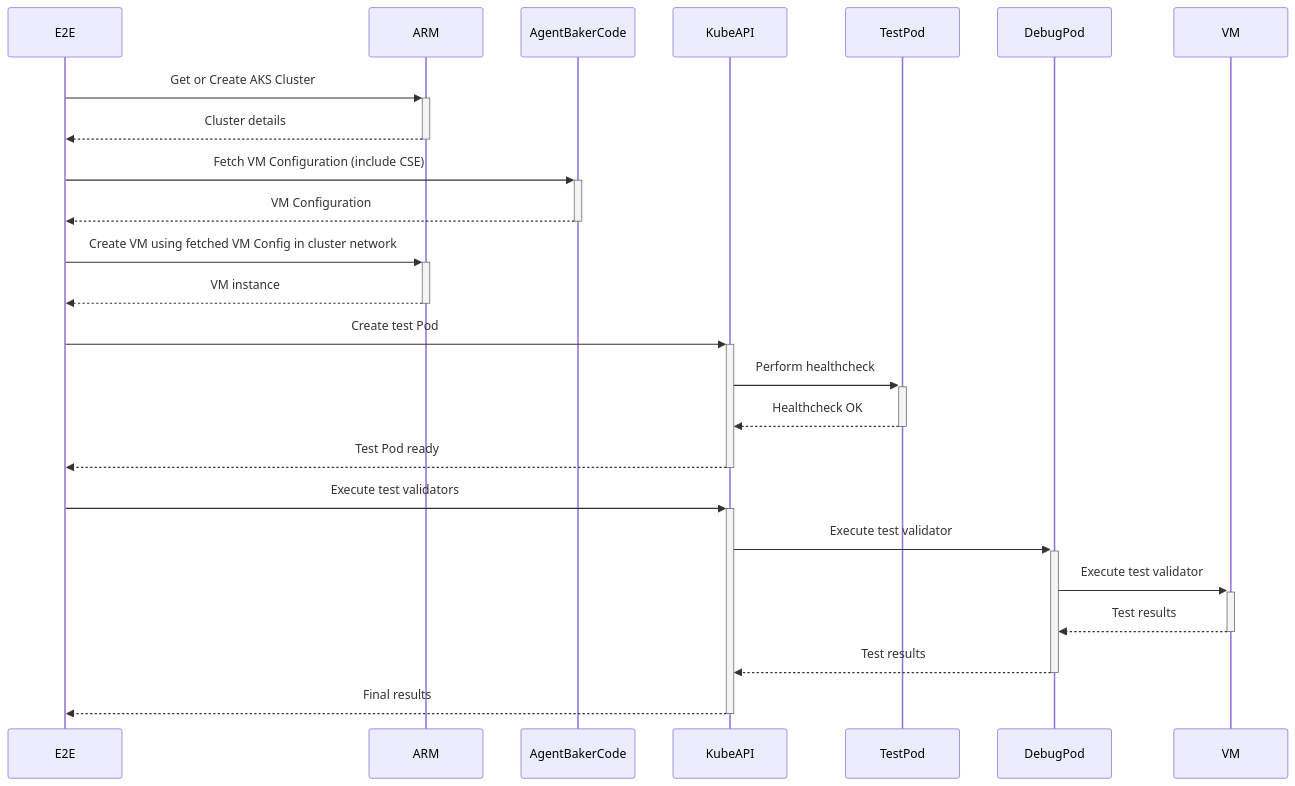
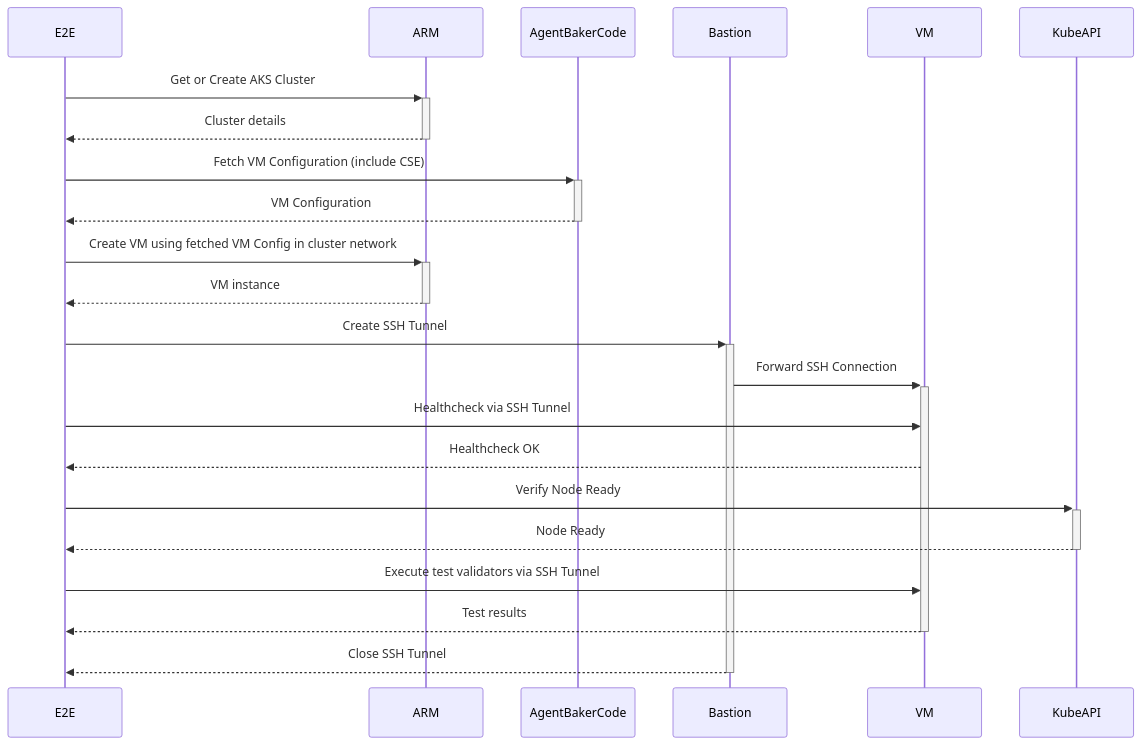
Before and after one commit to Azure/AgentBaker: the diagram in e2e/README.md, drawn with Mermaid. The commit also changed 1 other file, not shown here.

Commit message:
fix: oops! accidently disabled running test pod

````diff
--- a/e2e/README.md
+++ b/e2e/README.md
@@ -38,19 +38,18 @@
 ```mermaid
 sequenceDiagram
     E2E->>+ARM: Get or Create AKS Cluster
     ARM-->>-E2E: Cluster details
     E2E->>+AgentBakerCode: Fetch VM Configuration (include CSE)
     AgentBakerCode-->>-E2E: VM Configuration
     E2E->>+ARM: Create VM using fetched VM Config in cluster network
     ARM-->>-E2E: VM instance
-    E2E->>+KubeAPI: Create test Pod
-    KubeAPI->>+TestPod: Perform healthcheck
-    TestPod-->>-KubeAPI: Healthcheck OK
-    KubeAPI-->>-E2E: Test Pod ready
-    E2E->>+KubeAPI: Execute test validators
-    KubeAPI->>+DebugPod: Execute test validator
-    DebugPod->>+VM: Execute test validator
-    VM-->>-DebugPod: Test results
-    DebugPod-->>-KubeAPI: Test results
-    KubeAPI-->>-E2E: Final results
+    E2E->>+Bastion: Create SSH Tunnel
+    Bastion->>+VM: Forward SSH Connection
+    E2E->>VM: Healthcheck via SSH Tunnel
+    VM-->>E2E: Healthcheck OK
+    E2E->>+KubeAPI: Verify Node Ready
+    KubeAPI-->>-E2E: Node Ready
+    E2E->>VM: Execute test validators via SSH Tunnel
+    VM-->>-E2E: Test results
+    Bastion-->>-E2E: Close SSH Tunnel
 ```
````
